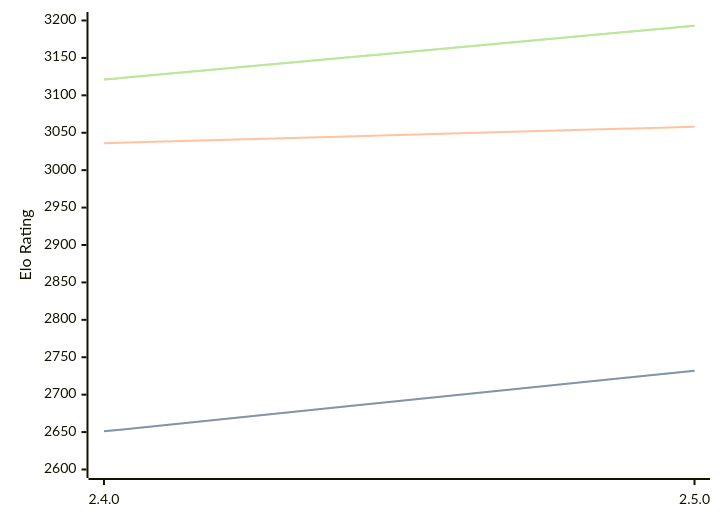
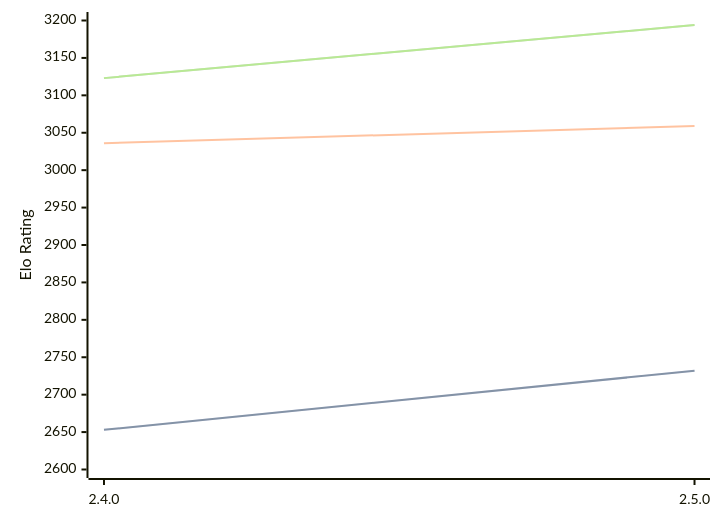
Before and after one commit to computer-chess-index/cci: the diagram in engines/Sturddle2.md, drawn with Mermaid. The commit also changed other lines of this file, not shown here.

Commit message:
Update CCI Ratings (ELO VLTC) - 2026-04-13

````diff
--- a/engines/Sturddle2.md
+++ b/engines/Sturddle2.md
@@ -37,11 +37,11 @@
 ```mermaid
 %%{init: {"theme":"base","themeVariables":{"seriesColors:['#a3a3a3','#222221','#faa371']}}}%%
 xychart-beta
   x-axis ["2.4.0", "2.5.0"]
   y-axis "Elo Rating" 2600 --> 3200
-  line "STC (8.0+0.08s)" [2651, 2732]
-  line "STC (8.0+0.08s)" [2651, 2732]
-  line "LTC (60.0+0.60s)" [3036, 3058]
-  line "VLTC (2m24s+1.12s)" [3121, 3193]
-  line "VLTC (2m24s+1.12s)" [3121, 3193]
+  line "STC (8.0+0.08s)" [2653, 2732]
+  line "STC (8.0+0.08s)" [2653, 2732]
+  line "LTC (60.0+0.60s)" [3036, 3059]
+  line "VLTC (2m24s+1.12s)" [3123, 3194]
+  line "VLTC (2m24s+1.12s)" [3123, 3194]
 ```
````
